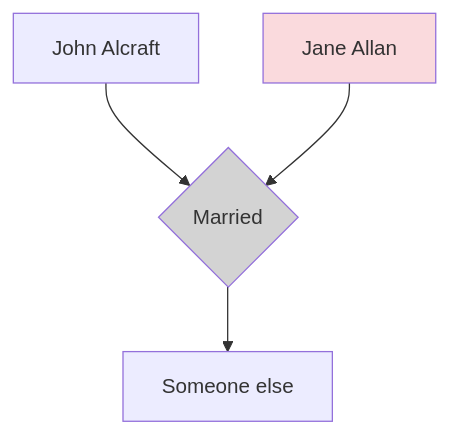
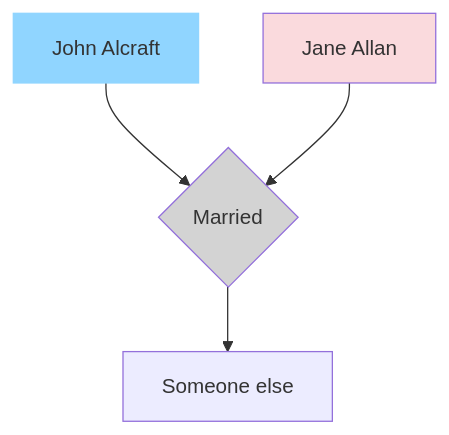
Before and after one commit to RachelAlcraft/family-tree: the diagram in docs/index.md, drawn with Mermaid.

````diff
--- a/docs/index.md
+++ b/docs/index.md
@@ -6,13 +6,13 @@
 ``` mermaid
 flowchart TD  
 JA1[John Alcraft] --> JAJA{Married};
 JA2[Jane Allan] --> JAJA{Married};  
 JAJA -->D[Someone else];  
 style JAJA fill:#D3D3D3
-style JA1 fill:##90d5ff
+style JA1 fill:#90d5ff,stroke:#90d5ff
 click JA1 "jones.md" "JA2"
 style JA2 fill:#FADADD
 click JA2 "jones.md" "JA1"
 
 
 ```
````
